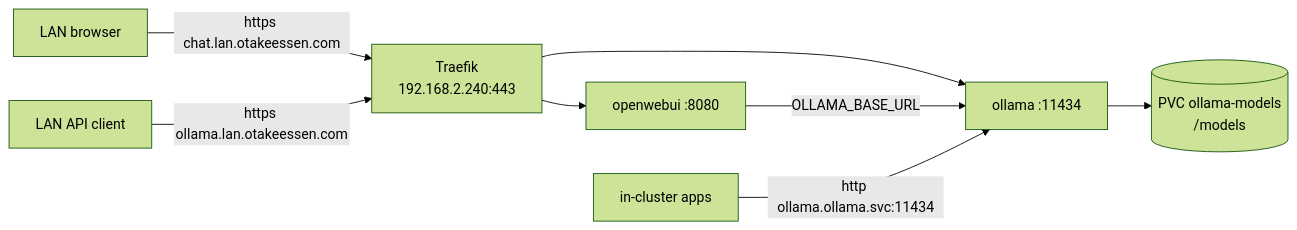
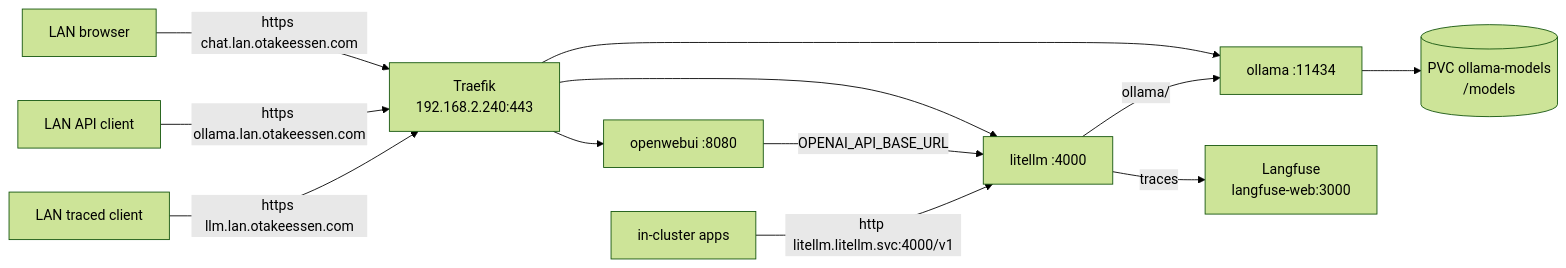
Before and after one commit to rykhalskyi/homelab: the first of 2 diagrams in docs/wiki/pages/ollama-talos.md, drawn with Mermaid (forest theme). The commit also changed other lines of this file and 11 other files, not shown here.

First line of the commit message:
talos(litellm): trace Ollama calls in Langfuse (#168)

````diff
--- a/docs/wiki/pages/ollama-talos.md
+++ b/docs/wiki/pages/ollama-talos.md
@@ -39,10 +42,14 @@
 ```mermaid
 flowchart LR
   browser["LAN browser"] -->|"https chat.lan.otakeessen.com"| traefik["Traefik<br/>192.168.2.240:443"]
   client["LAN API client"] -->|"https ollama.lan.otakeessen.com"| traefik
+  lclient["LAN traced client"] -->|"https llm.lan.otakeessen.com"| traefik
   traefik --> web["openwebui :8080"]
   traefik --> api["ollama :11434"]
-  web -->|"OLLAMA_BASE_URL"| api
-  app["in-cluster apps"] -->|"http ollama.ollama.svc:11434"| api
+  traefik --> llm["litellm :4000"]
+  web -->|"OPENAI_API_BASE_URL"| llm
+  app["in-cluster apps"] -->|"http litellm.litellm.svc:4000/v1"| llm
+  llm -->|"ollama/<model>"| api
+  llm -->|"traces"| lf["Langfuse<br/>langfuse-web:3000"]
   api --> models[("PVC ollama-models<br/>/models")]
 ```
````
